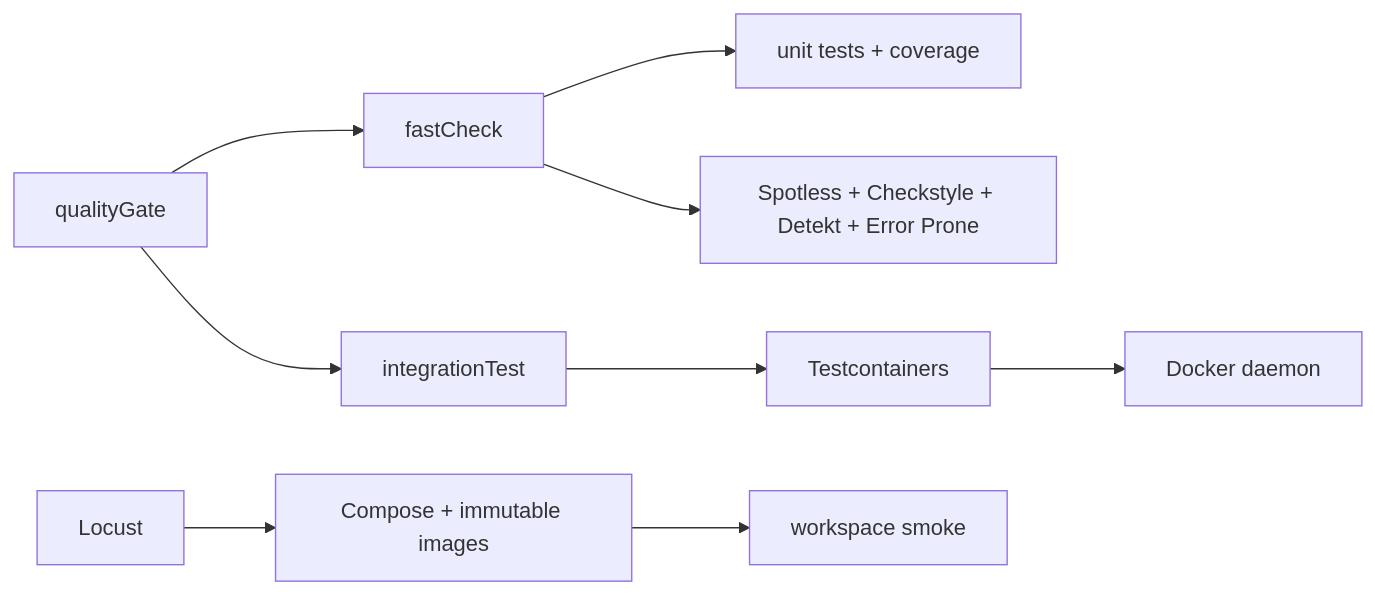
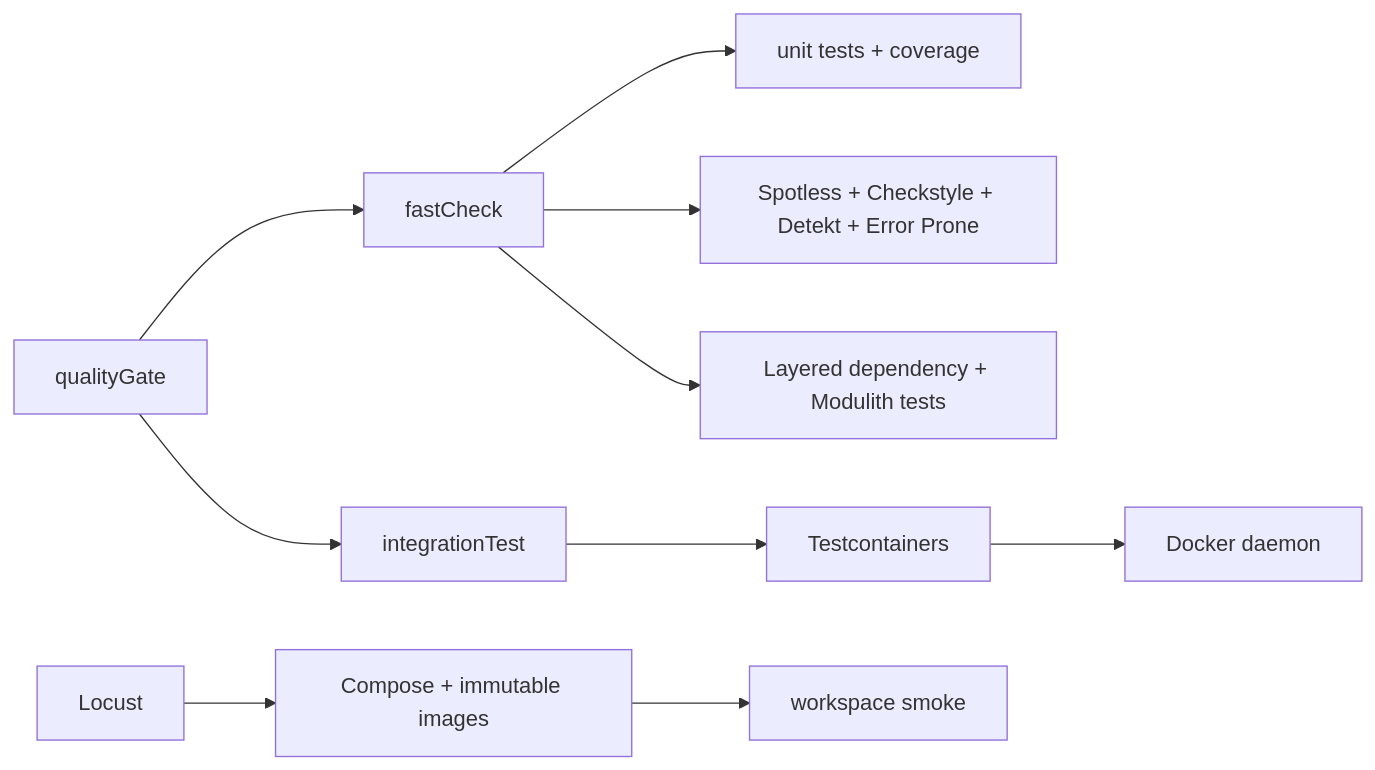
One commit to migangdelzar/company-check-workspace changed the diagram in docs/architecture/testing.md. Above: the diagram before and after it, drawn with Mermaid. The commit also changed other lines of this file and 17 other files, not shown here.

Commit message:
docs: align architecture references with layered backend

````diff
--- a/docs/architecture/testing.md
+++ b/docs/architecture/testing.md
@@ -3,11 +3,12 @@
 ```mermaid
 flowchart LR
   Fast[fastCheck] --> Unit[unit tests + coverage]
   Fast --> Static[Spotless + Checkstyle + Detekt + Error Prone]
+  Fast --> Architecture[Layered dependency + Modulith tests]
   Full[qualityGate] --> Fast
   Full --> IT[integrationTest]
   IT --> TC[Testcontainers]
   TC --> Docker[Docker daemon]
   Compose[Compose + immutable images] --> E2E[workspace smoke]
   Locust[Locust] --> Compose
 ```
````
